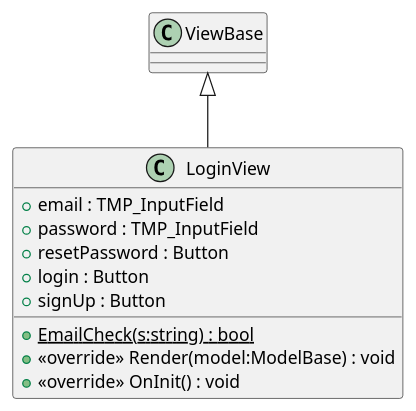
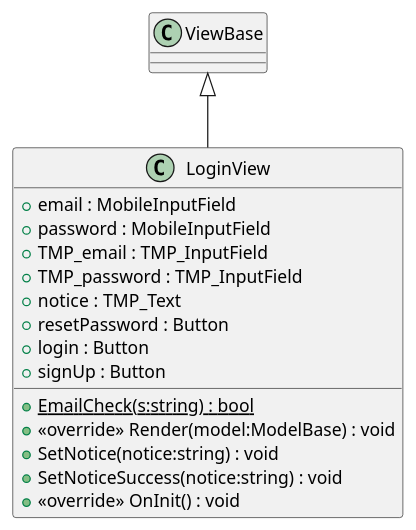
One commit to cutehusky/VirtualChat3D changed the diagram in src/Assets/Scripts/Core/UserAccountModule/puml/View/LoginView.puml. Above: the diagram before and after it, drawn with PlantUML. The commit also changed 71 other files, not shown here.

First line of the commit message:
Update class diagram generation

```diff
--- a/src/Assets/Scripts/Core/UserAccountModule/puml/View/LoginView.puml
+++ b/src/Assets/Scripts/Core/UserAccountModule/puml/View/LoginView.puml
@@ -1,13 +1,18 @@
 @startuml
 class LoginView {
-    + email : TMP_InputField
-    + password : TMP_InputField
+    + email : MobileInputField
+    + password : MobileInputField
+    + TMP_email : TMP_InputField
+    + TMP_password : TMP_InputField
+    + notice : TMP_Text
     + resetPassword : Button
     + login : Button
     + signUp : Button
     + {static} EmailCheck(s:string) : bool
     + <<override>> Render(model:ModelBase) : void
+    + SetNotice(notice:string) : void
+    + SetNoticeSuccess(notice:string) : void
     + <<override>> OnInit() : void
 }
 ViewBase <|-- LoginView
 @enduml
```
